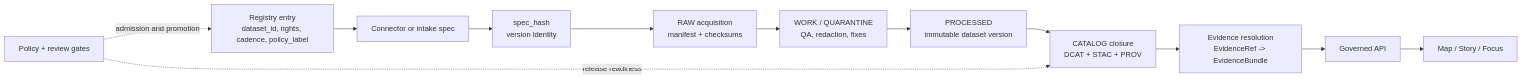
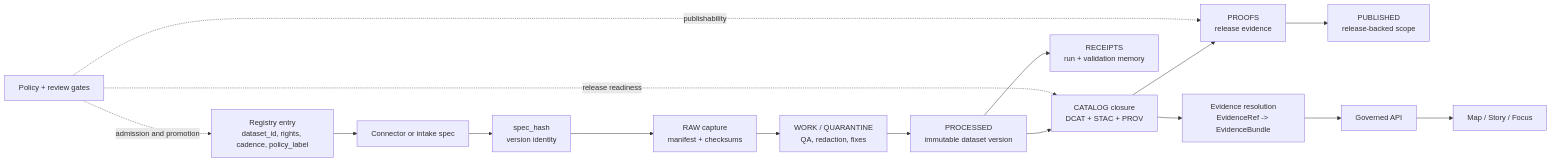
One commit to bartytime4life/Kansas-Frontier-Matrix changed the diagram in data/registry/README.md. Above: the diagram before and after it, drawn with Mermaid. The commit also changed other lines of this file, not shown here.

````diff
--- a/data/registry/README.md
+++ b/data/registry/README.md
@@ -275,14 +353,18 @@
 ```mermaid
 flowchart LR
     R[Registry entry<br/>dataset_id, rights, cadence, policy_label] --> S[Connector or intake spec]
     S --> H[spec_hash<br/>version identity]
-    H --> RAW[RAW acquisition<br/>manifest + checksums]
+    H --> RAW[RAW capture<br/>manifest + checksums]
     RAW --> W[WORK / QUARANTINE<br/>QA, redaction, fixes]
     W --> P[PROCESSED<br/>immutable dataset version]
     P --> C[CATALOG closure<br/>DCAT + STAC + PROV]
+    P --> REC[RECEIPTS<br/>run + validation memory]
+    C --> PRF[PROOFS<br/>release evidence]
+    PRF --> PUB[PUBLISHED<br/>release-backed scope]
     C --> E[Evidence resolution<br/>EvidenceRef -> EvidenceBundle]
     E --> A[Governed API]
     A --> U[Map / Story / Focus]
     POL[Policy + review gates] -. admission and promotion .-> R
     POL -. release readiness .-> C
+    POL -. publishability .-> PRF
 ```
````
